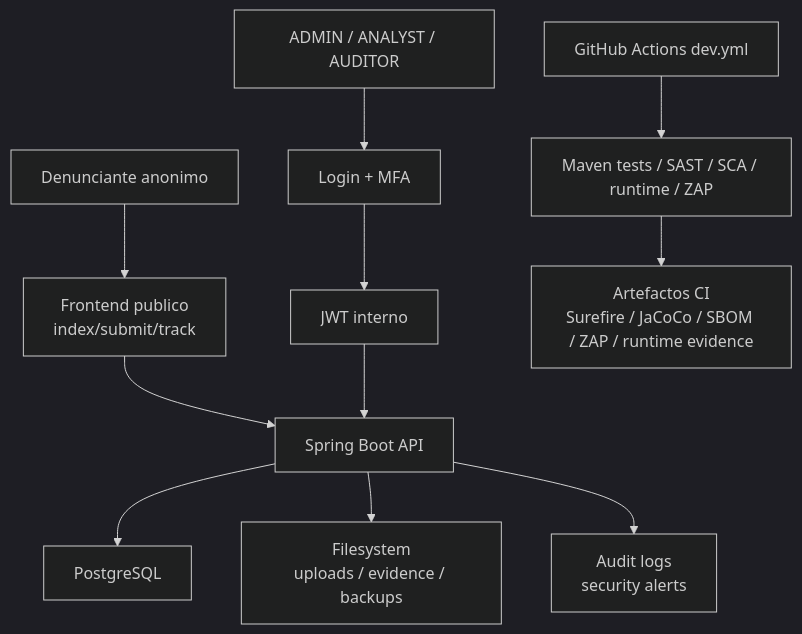
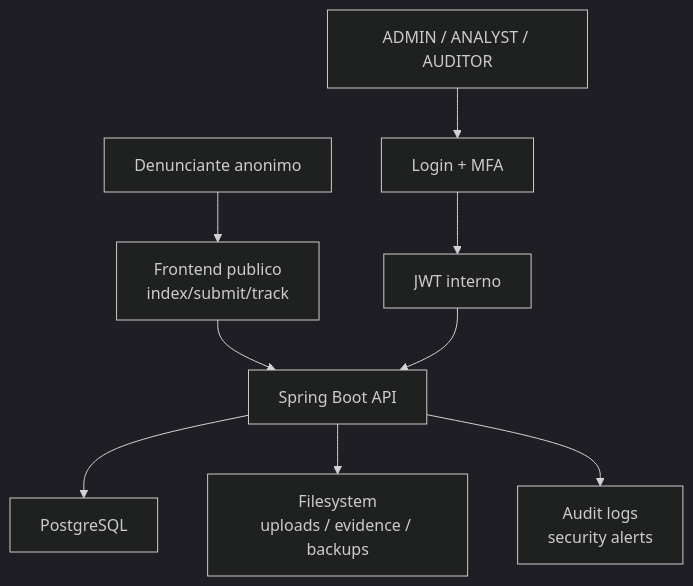
One commit to mei-desofs/desofs2026-wed_pbs_1 changed the diagram in Deliverables/Phase 2/Sprint 2/PHASE2_SPRINT2_REPORT.md. Above: the diagram before and after it, drawn with Mermaid (dark theme).

````diff
--- a/Deliverables/Phase 2/Sprint 2/PHASE2_SPRINT2_REPORT.md
+++ b/Deliverables/Phase 2/Sprint 2/PHASE2_SPRINT2_REPORT.md
@@ -117,13 +117,11 @@
 ```mermaid
 flowchart TB
     reporter["Denunciante anonimo"] --> publicUi["Frontend publico<br/>index/submit/track"]
     internal["ADMIN / ANALYST / AUDITOR"] --> login["Login + MFA"]
     login --> jwt["JWT interno"]
     publicUi --> api["Spring Boot API"]
     jwt --> api
     api --> db["PostgreSQL"]
     api --> fs["Filesystem<br/>uploads / evidence / backups"]
     api --> audit["Audit logs<br/>security alerts"]
-    gha["GitHub Actions dev.yml"] --> checks["Maven tests / SAST / SCA / runtime / ZAP"]
-    checks --> artifacts["Artefactos CI<br/>Surefire / JaCoCo / SBOM / ZAP / runtime evidence"]
 ```
````
